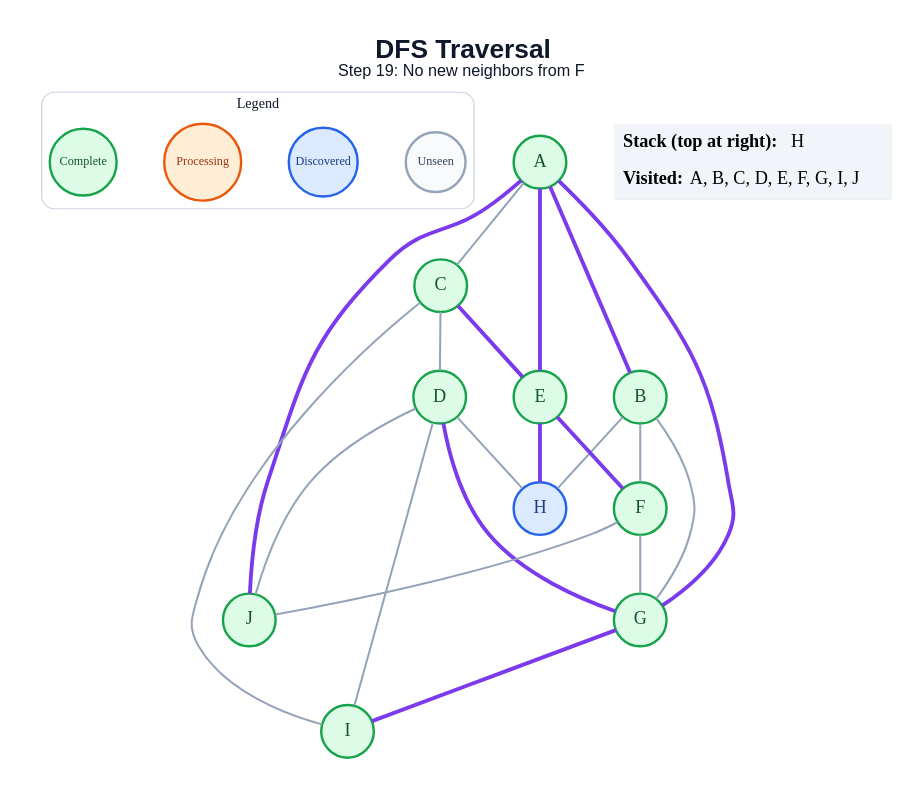
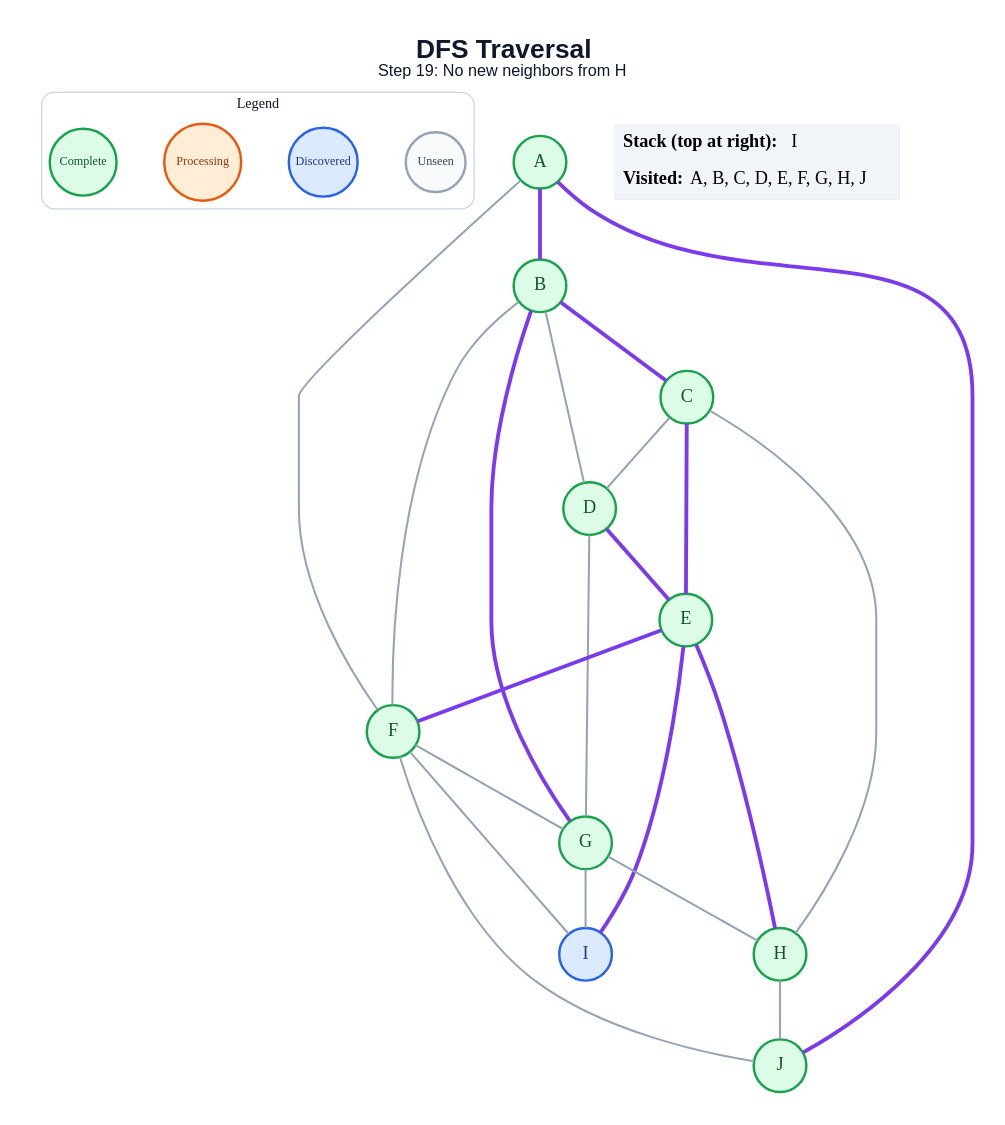
The diagram in generated/specific-node/dfs/step_19.dot (anon7238593-create/ai-slop), drawn with Graphviz before and after one commit. The commit also changed 171 other files, not shown here.

```diff
--- a/generated/specific-node/dfs/step_19.dot
+++ b/generated/specific-node/dfs/step_19.dot
@@ -1,49 +1,50 @@
 graph traversal {
   graph [layout=dot, rankdir=TB, bgcolor="#FFFFFF", pad="0.35", nodesep="0.65", ranksep="0.8", fontname="Arial"];
   node [shape=circle, style="filled", fontname="Arial Bold", fontsize=18, width=0.72, fixedsize=true, penwidth=2.4];
   edge [color="#94A3B8", penwidth=2.0];
-  label=<<B>DFS Traversal</B><BR/><FONT POINT-SIZE="16">Step 19: No new neighbors from F</FONT>>; labelloc="t"; fontsize=26; fontname="Arial"; fontcolor="#0F172A";
+  label=<<B>DFS Traversal</B><BR/><FONT POINT-SIZE="16">Step 19: No new neighbors from H</FONT>>; labelloc="t"; fontsize=26; fontname="Arial"; fontcolor="#0F172A";
   subgraph cluster_legend { label="Legend"; color="#CBD5E1"; penwidth=1.2; style="rounded"; fontsize=14; fontname="Arial Bold";
     key_unseen [label="Unseen", fillcolor="#F8FAFC", color="#94A3B8", fontcolor="#334155", fontsize=12, width=0.82];
     key_frontier [label="Discovered", fillcolor="#DBEAFE", color="#2563EB", fontcolor="#1E3A8A", fontsize=12, width=0.95];
     key_current [label="Processing", fillcolor="#FFEDD5", color="#EA580C", fontcolor="#9A3412", fontsize=12, width=1.05];
     key_done [label="Complete", fillcolor="#DCFCE7", color="#16A34A", fontcolor="#14532D", fontsize=12, width=0.92];
     { rank=same; key_unseen; key_frontier; key_current; key_done; }
   }
   A [fillcolor="#DCFCE7", color="#16A34A", fontcolor="#14532D"];
   B [fillcolor="#DCFCE7", color="#16A34A", fontcolor="#14532D"];
   C [fillcolor="#DCFCE7", color="#16A34A", fontcolor="#14532D"];
   D [fillcolor="#DCFCE7", color="#16A34A", fontcolor="#14532D"];
   E [fillcolor="#DCFCE7", color="#16A34A", fontcolor="#14532D"];
   F [fillcolor="#DCFCE7", color="#16A34A", fontcolor="#14532D"];
   G [fillcolor="#DCFCE7", color="#16A34A", fontcolor="#14532D"];
-  H [fillcolor="#DBEAFE", color="#2563EB", fontcolor="#1E3A8A"];
-  I [fillcolor="#DCFCE7", color="#16A34A", fontcolor="#14532D"];
+  H [fillcolor="#DCFCE7", color="#16A34A", fontcolor="#14532D"];
+  I [fillcolor="#DBEAFE", color="#2563EB", fontcolor="#1E3A8A"];
   J [fillcolor="#DCFCE7", color="#16A34A", fontcolor="#14532D"];
   A -- B [color="#7C3AED", penwidth=3.8];
-  A -- C;
-  A -- E [color="#7C3AED", penwidth=3.8];
-  A -- G [color="#7C3AED", penwidth=3.8];
+  A -- F;
   A -- J [color="#7C3AED", penwidth=3.8];
+  B -- C [color="#7C3AED", penwidth=3.8];
+  B -- D;
   B -- F;
-  B -- G;
-  B -- H;
+  B -- G [color="#7C3AED", penwidth=3.8];
   C -- D;
   C -- E [color="#7C3AED", penwidth=3.8];
-  C -- I;
-  D -- G [color="#7C3AED", penwidth=3.8];
-  D -- H;
-  D -- I;
-  D -- J;
+  C -- H;
+  D -- E [color="#7C3AED", penwidth=3.8];
+  D -- G;
   E -- F [color="#7C3AED", penwidth=3.8];
   E -- H [color="#7C3AED", penwidth=3.8];
+  E -- I [color="#7C3AED", penwidth=3.8];
   F -- G;
+  F -- I;
   F -- J;
-  G -- I [color="#7C3AED", penwidth=3.8];
+  G -- H;
+  G -- I;
+  H -- J;
   status [shape=plain, fixedsize=false, width=0, height=0, margin=0, label=<
     <TABLE BORDER="0" CELLBORDER="0" CELLPADDING="7" BGCOLOR="#F1F5F9">
-      <TR><TD ALIGN="LEFT"><B>Stack (top at right):</B> H</TD></TR>
-      <TR><TD ALIGN="LEFT"><B>Visited:</B> A, B, C, D, E, F, G, I, J</TD></TR>
+      <TR><TD ALIGN="LEFT"><B>Stack (top at right):</B> I</TD></TR>
+      <TR><TD ALIGN="LEFT"><B>Visited:</B> A, B, C, D, E, F, G, H, J</TD></TR>
     </TABLE>
   >];
 }
```
